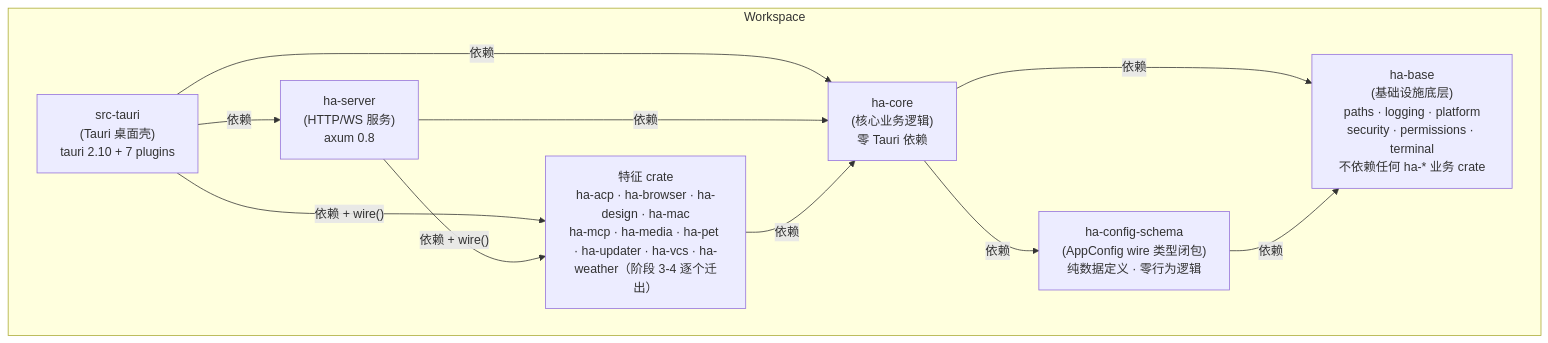
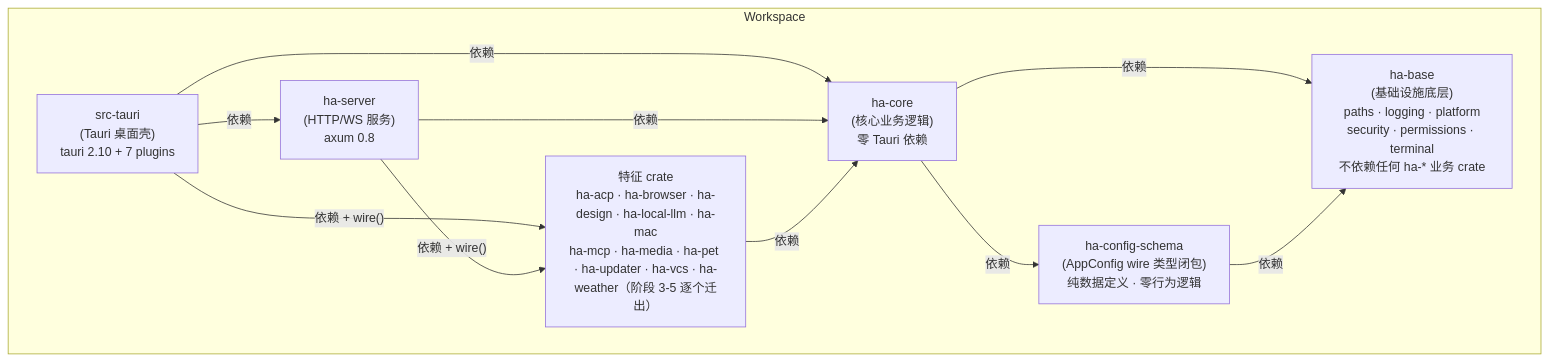
One commit to shiwenwen/hope-agent changed the first of 6 diagrams in docs/architecture/backend-separation.md. Above: the diagram before and after it, drawn with Mermaid. The commit also changed other lines of this file and 44 other files, not shown here.

First line of the commit message:
refactor(core): 阶段 5 首刀——ha-local-llm 迁出，兼修上一刀写反的拆分顺序

````diff
--- a/docs/architecture/backend-separation.md
+++ b/docs/architecture/backend-separation.md
@@ -15,22 +15,22 @@
 ```mermaid
 graph TD
     subgraph Workspace
         HA_TAURI["src-tauri<br/>(Tauri 桌面壳)<br/>tauri 2.10 + 7 plugins"]
         HA_SERVER["ha-server<br/>(HTTP/WS 服务)<br/>axum 0.8"]
-        HA_FEAT["特征 crate<br/>ha-acp · ha-browser · ha-design · ha-mac<br/>ha-mcp · ha-media · ha-pet · ha-updater · ha-vcs · ha-weather（阶段 3-4 逐个迁出）"]
+        HA_FEAT["特征 crate<br/>ha-acp · ha-browser · ha-design · ha-local-llm · ha-mac<br/>ha-mcp · ha-media · ha-pet · ha-updater · ha-vcs · ha-weather（阶段 3-5 逐个迁出）"]
         HA_CORE["ha-core<br/>(核心业务逻辑)<br/>零 Tauri 依赖"]
         HA_SCHEMA["ha-config-schema<br/>(AppConfig wire 类型闭包)<br/>纯数据定义 · 零行为逻辑"]
         HA_BASE["ha-base<br/>(基础设施底层)<br/>paths · logging · platform<br/>security · permissions · terminal<br/>不依赖任何 ha-* 业务 crate"]
     end
 
     HA_TAURI -->|"依赖"| HA_SERVER
     HA_TAURI -->|"依赖 + wire()"| HA_FEAT
     HA_TAURI -->|"依赖"| HA_CORE
     HA_SERVER -->|"依赖 + wire()"| HA_FEAT
     HA_SERVER -->|"依赖"| HA_CORE
     HA_FEAT -->|"依赖"| HA_CORE
     HA_CORE -->|"依赖"| HA_SCHEMA
     HA_CORE -->|"依赖"| HA_BASE
     HA_SCHEMA -->|"依赖"| HA_BASE
 
 ```
````
